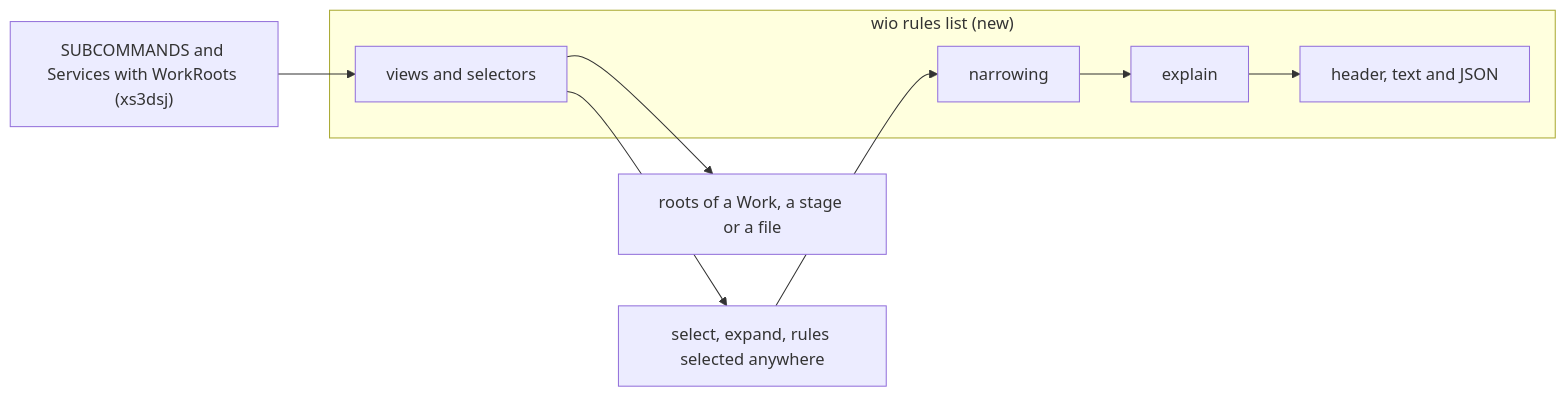
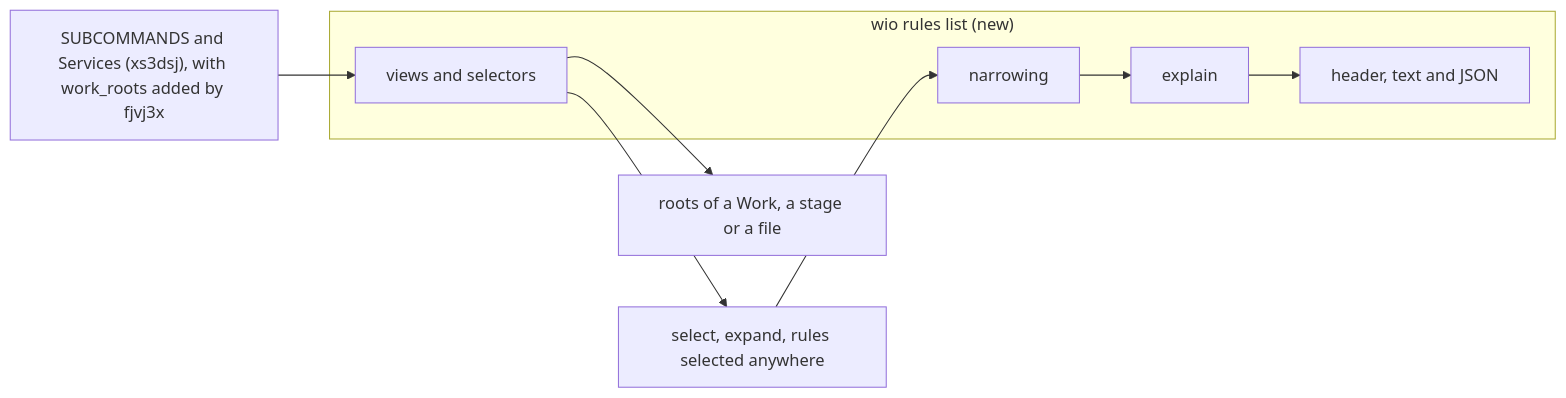
The second of 2 diagrams in .agents/wio/works/wio-rules/list/README.md (msitarz/wio), drawn with Mermaid before and after one commit. The commit also changed other lines of this file and 12 other files, not shown here.

````diff
--- a/.agents/wio/works/wio-rules/list/README.md
+++ b/.agents/wio/works/wio-rules/list/README.md
@@ -129,18 +131,18 @@
 ```mermaid
 flowchart LR
     subgraph lst["wio rules list (new)"]
         views["views and selectors"]
         narrow["narrowing"]
         explain["explain"]
         render["header, text and JSON"]
     end
     sel["select, expand, rules selected anywhere"]
     roots["roots of a Work, a stage or a file"]
-    shell["SUBCOMMANDS and Services with WorkRoots (xs3dsj)"]
+    shell["SUBCOMMANDS and Services (xs3dsj), with work_roots added by fjvj3x"]
     shell --> views
     views --> roots
     views --> sel
     sel --> narrow
     narrow --> explain
     explain --> render
 ```
````
